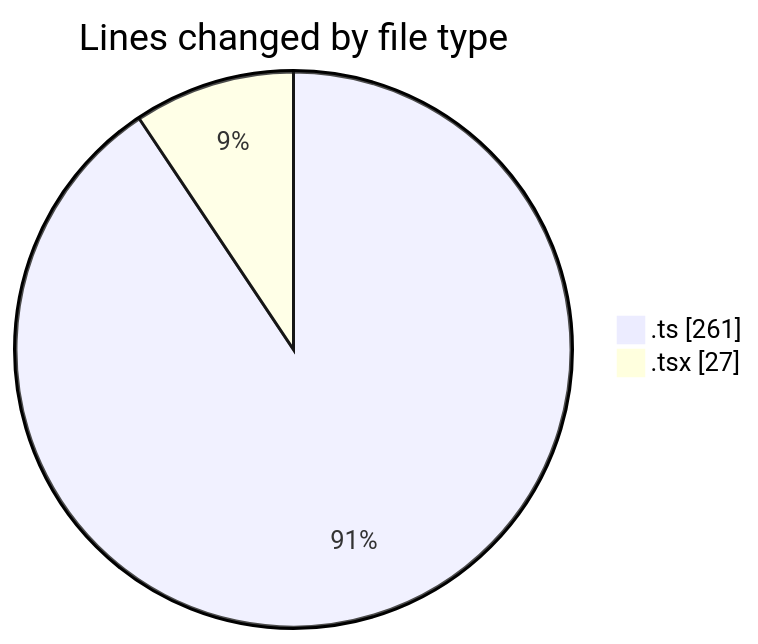
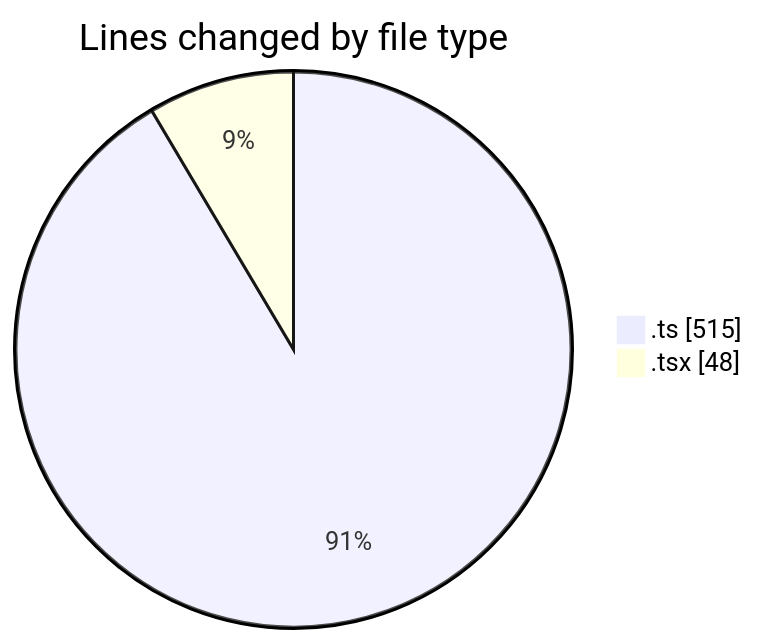
One commit to robertbonfada/code-tracking changed the first of 2 diagrams in 2025-01-23/mbc-web/README.md. Above: the diagram before and after it, drawn with Mermaid. The commit also changed other lines of this file and 1 other file, not shown here.

````diff
--- a/2025-01-23/mbc-web/README.md
+++ b/2025-01-23/mbc-web/README.md
@@ -25,6 +25,6 @@
 ```mermaid
 pie showData
 title Lines changed by file type
-".ts" : 261
-".tsx" : 27
+".ts" : 515
+".tsx" : 48
 ```
````
